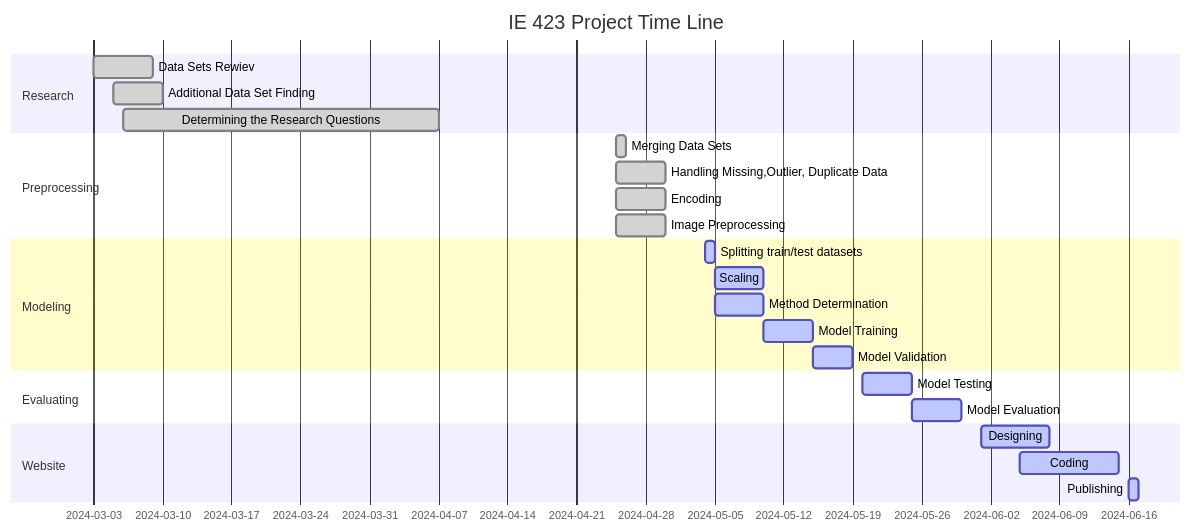
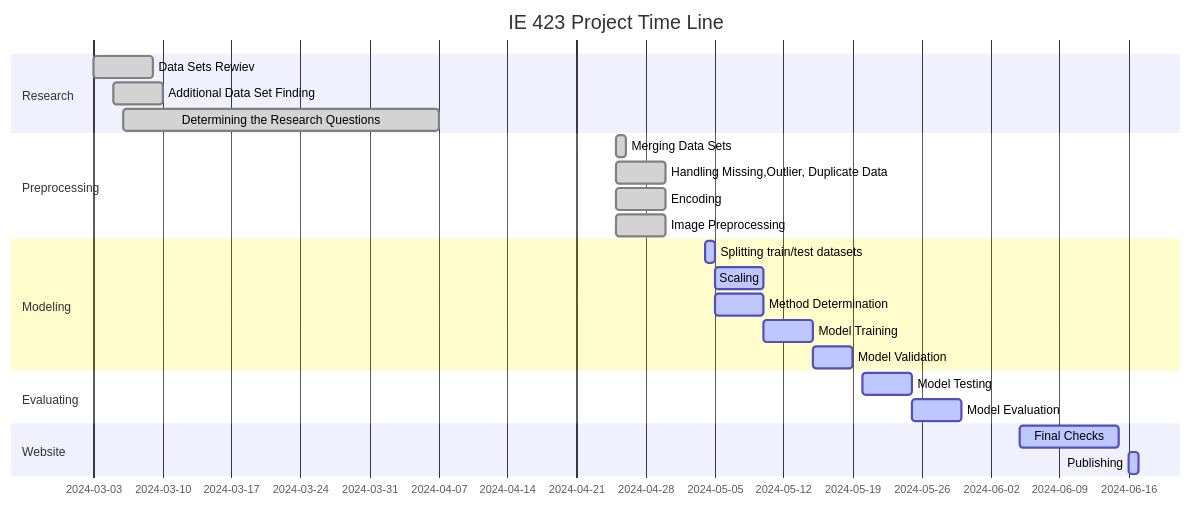
The diagram in README.md (OzgeSila/ML-Proje), drawn with Mermaid before and after one commit.

````diff
--- a/README.md
+++ b/README.md
@@ -148,35 +148,34 @@
 ```mermaid
 
 gantt
        dateFormat  YYYY-MM-DD
        title IE 423 Project Time Line
 
        section Research
        Data Sets Rewiev                                   :done, des1, 2024-03-03,6d
        Additional Data Set Finding                        :done, des2, 2024-03-05,5d
        Determining the Research Questions                 :done, des3, 2024-03-06,2024-04-07
 
        section Preprocessing
        Merging Data Sets                                  :done, des4, 2024-04-25, 1d
        Handling Missing,Outlier, Duplicate Data           :done, des5, 2024-04-25, 5d
        Encoding                                           :done, des6, 2024-04-25, 5d
        Image Preprocessing                                :done, des7, 2024-04-25, 5d
 
        section Modeling
        Splitting train/test datasets                      :active, des8, 2024-05-04, 1d
        Scaling                                            :active, des9, 2024-05-05, 5d
        Method Determination                               :active, des10, 2024-05-05, 5d
        Model Training                                     :active, des11, 2024-05-10, 5d
        Model Validation                                   :active, des12, 2024-05-15, 4d
 
        section Evaluating
        Model Testing                                      :active, des13, 2024-05-20,5d
        Model Evaluation                                   :active, des14, 2024-05-25, 5d
 
        section Website
-       Designing                                          :active, des15, 2024-06-01,7d
-       Coding                                             :active, des16, 2024-06-05,10d
+       Final Checks                                       :active, des16, 2024-06-05,10d
        Publishing                                         :active, des17, 2024-06-16, 1d
     
 
 ```
````
